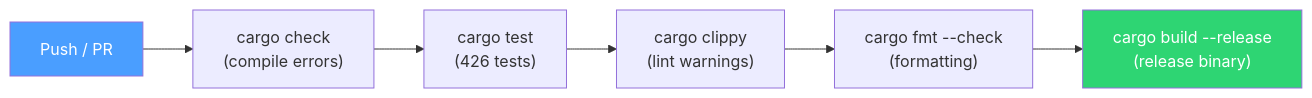
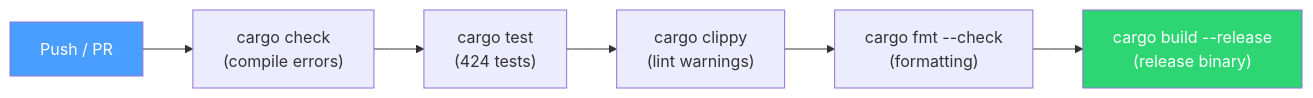
One commit to 0xshubhs/custom-reth-chain changed diagram 18 of 18 in md/Architecture.md. Above: the diagram before and after it, drawn with Mermaid. The commit also changed other lines of this file and 5 other files, not shown here.

````diff
--- a/md/Architecture.md
+++ b/md/Architecture.md
@@ -1581,11 +1581,11 @@
 ```mermaid
 graph LR
     PUSH["Push / PR"] --> CHECK["cargo check<br/>(compile errors)"]
-    CHECK --> TEST["cargo test<br/>(426 tests)"]
+    CHECK --> TEST["cargo test<br/>(424 tests)"]
     TEST --> CLIPPY["cargo clippy<br/>(lint warnings)"]
     CLIPPY --> FMT["cargo fmt --check<br/>(formatting)"]
     FMT --> BUILD["cargo build --release<br/>(release binary)"]
 
     style PUSH fill:#4a9eff,color:#fff
     style BUILD fill:#2ed573,color:#fff
 ```
````
